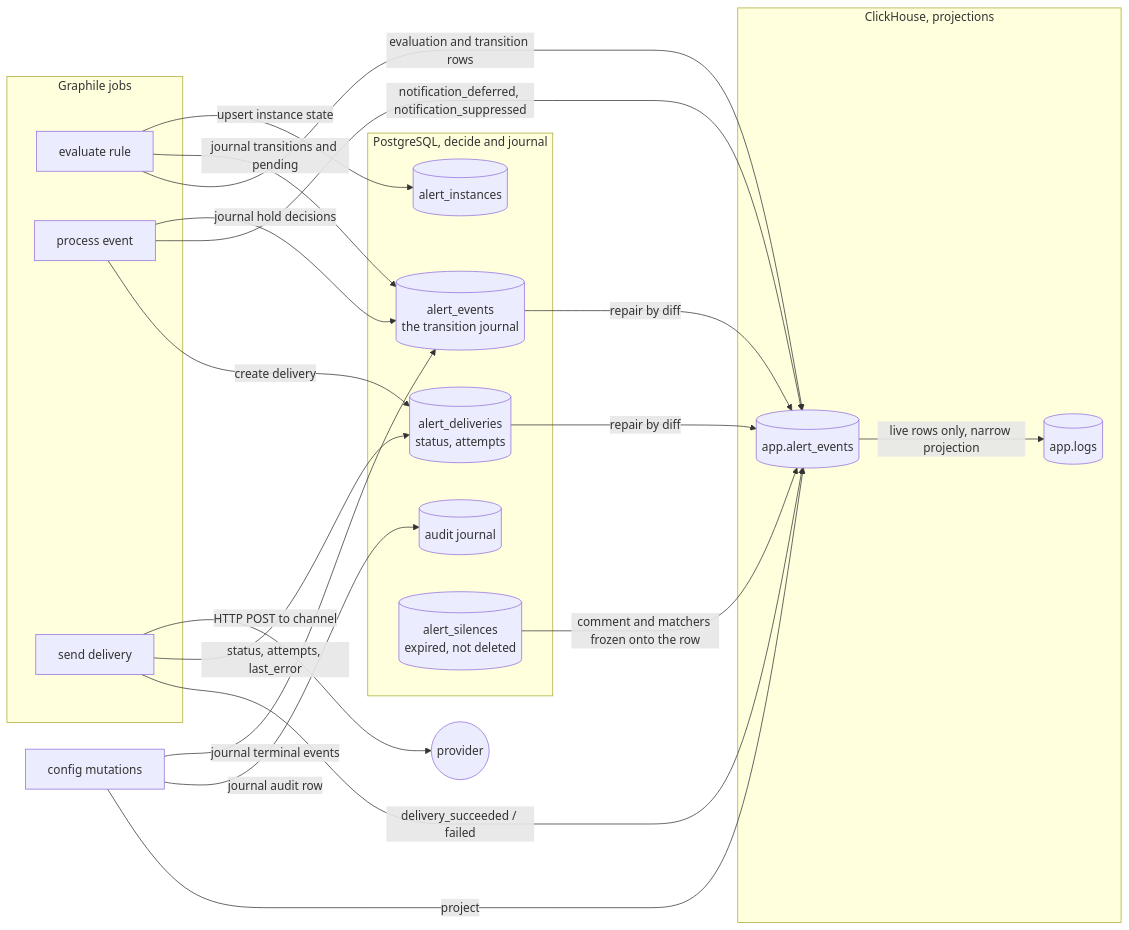
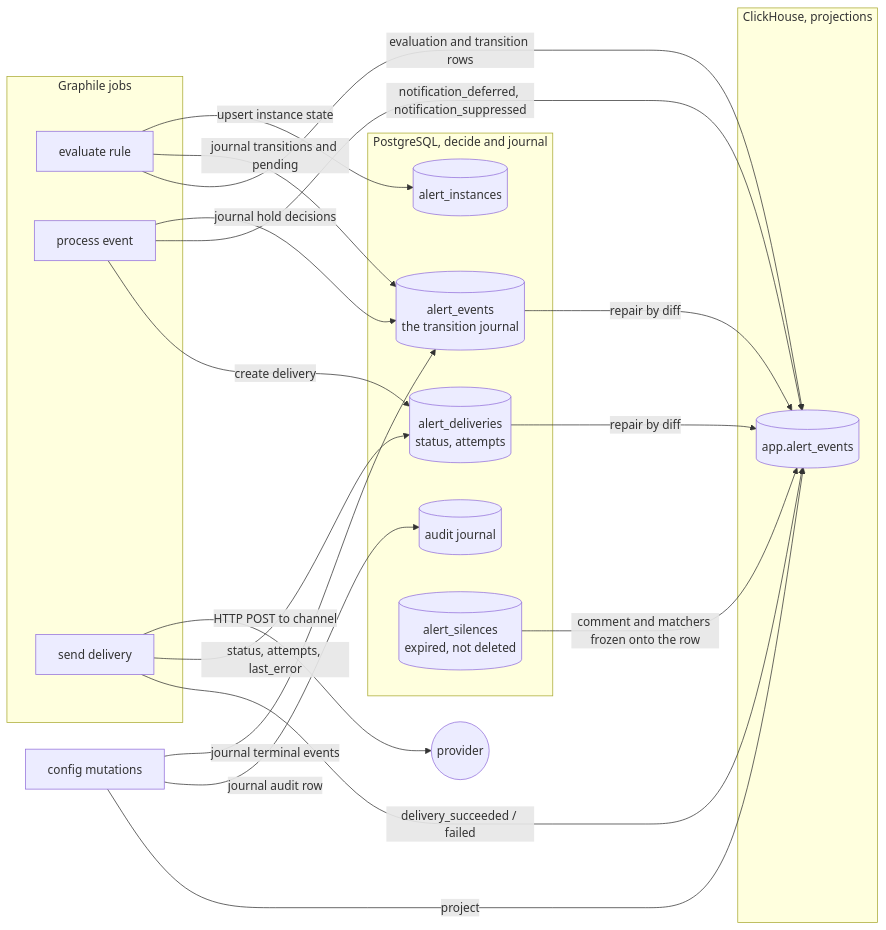
The second of 3 diagrams in todo/issues/alerting-surface/02-alerting-clickhouse-surface.md (everr-labs/everr), drawn with Mermaid before and after one commit. The commit also changed other lines of this file and 2 other files, not shown here.

First line of the commit message:
docs(alerts): cut the app.logs projection and the service annotation tier

````diff
--- a/todo/issues/alerting-surface/02-alerting-clickhouse-surface.md
+++ b/todo/issues/alerting-surface/02-alerting-clickhouse-surface.md
@@ -114,43 +114,41 @@
 ```mermaid
 flowchart LR
   subgraph jobs [Graphile jobs]
     E[evaluate rule]
     S[process event]
     D[send delivery]
   end
   M[config mutations]
 
   subgraph pg [PostgreSQL, decide and journal]
     PI[(alert_instances)]
     PE[(alert_events<br/>the transition journal)]
     PD[(alert_deliveries<br/>status, attempts)]
     AJ[(audit journal)]
     SI[(alert_silences<br/>expired, not deleted)]
   end
 
   subgraph ch [ClickHouse, projections]
     CE[(app.alert_events)]
-    LG[(app.logs)]
   end
 
   E -->|upsert instance state| PI
   E -->|journal transitions and pending| PE
   E -->|evaluation and transition rows| CE
 
   S -->|journal hold decisions| PE
   S -->|notification_deferred, notification_suppressed| CE
   S -->|create delivery| PD
   SI -->|comment and matchers frozen onto the row| CE
 
   D -->|HTTP POST to channel| X((provider))
   D -->|status, attempts, last_error| PD
   D -->|delivery_succeeded / failed| CE
 
   M -->|journal terminal events| PE
   M -->|journal audit row| AJ
   M -->|project| CE
 
   PE -->|repair by diff| CE
   PD -->|repair by diff| CE
-  CE -->|live rows only, narrow projection| LG
 ```
````
